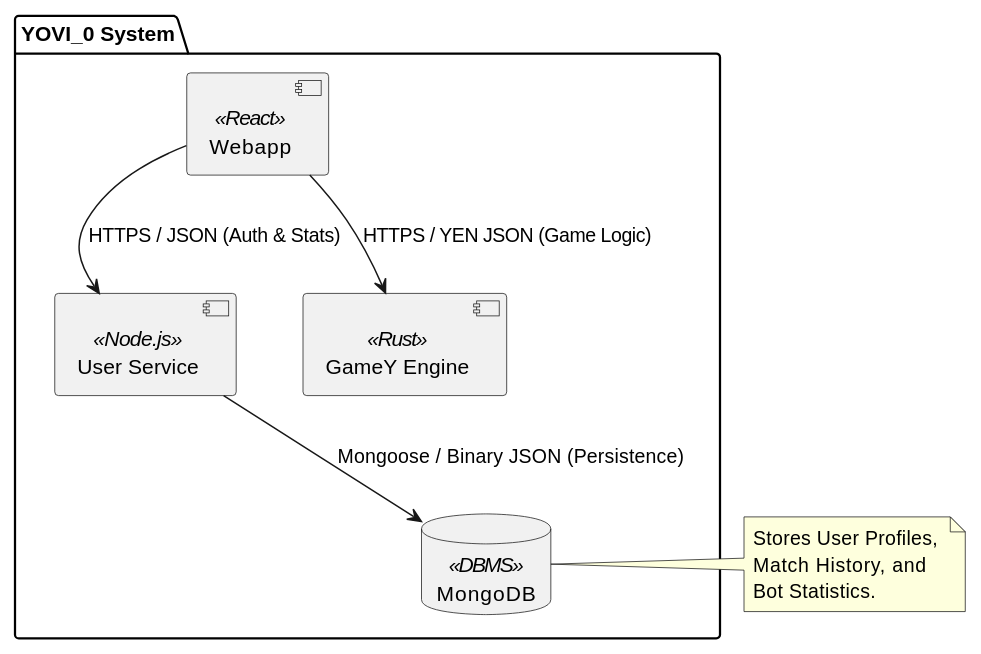
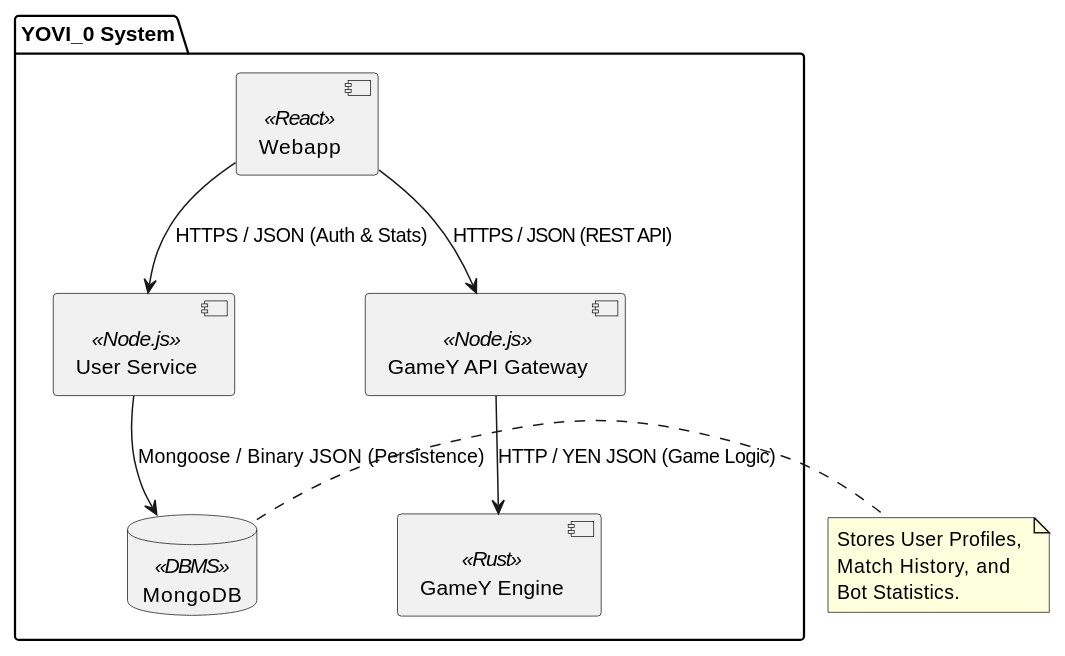
The first of 4 diagrams in docs/src/05_building_block_view.adoc (Arquisoft/yovi_en1a), drawn with PlantUML before and after one commit. The commit also changed other lines of this file, not shown here.

First line of the commit message:
Added gameyapi to chapter 5

```diff
--- a/docs/src/05_building_block_view.adoc
+++ b/docs/src/05_building_block_view.adoc
@@ -13,24 +13,26 @@
 [plantuml, level1-whitebox, png]
 ----
 @startuml
 skinparam componentStyle uml2
 
 package "YOVI_0 System" {
     component [Webapp] as webapp <<React>>
     component [User Service] as usersvc <<Node.js>>
+    component [GameY API Gateway] as gameyapi <<Node.js>>
     component [GameY Engine] as gamey <<Rust>>
     database "MongoDB" as db <<DBMS>>
 }
 
 ' Connections
 webapp --> usersvc : "HTTPS / JSON (Auth & Stats)"
-webapp --> gamey : "HTTPS / YEN JSON (Game Logic)"
+webapp --> gameyapi : "HTTPS / JSON (REST API)"
+gameyapi --> gamey : "HTTP / YEN JSON (Game Logic)"
 usersvc --> db : "Mongoose / Binary JSON (Persistence)"
 
 note right of db
   Stores User Profiles, 
   Match History, and 
   Bot Statistics.
 end note
 @enduml
 ----
```
